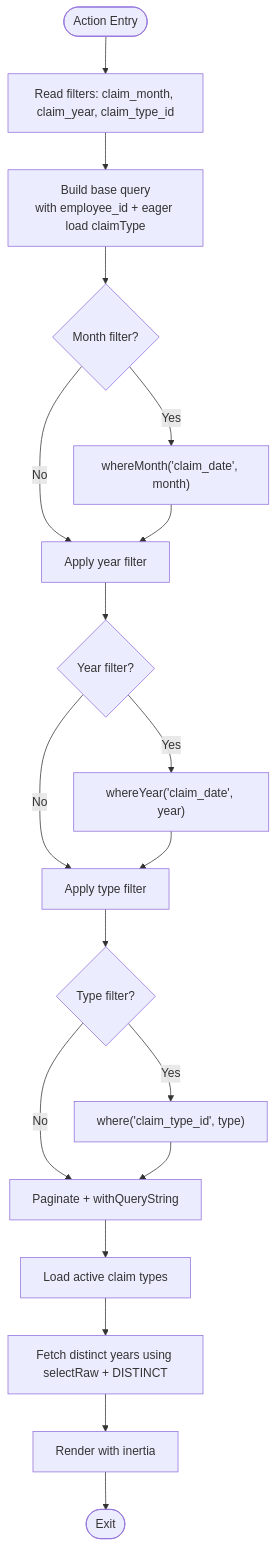
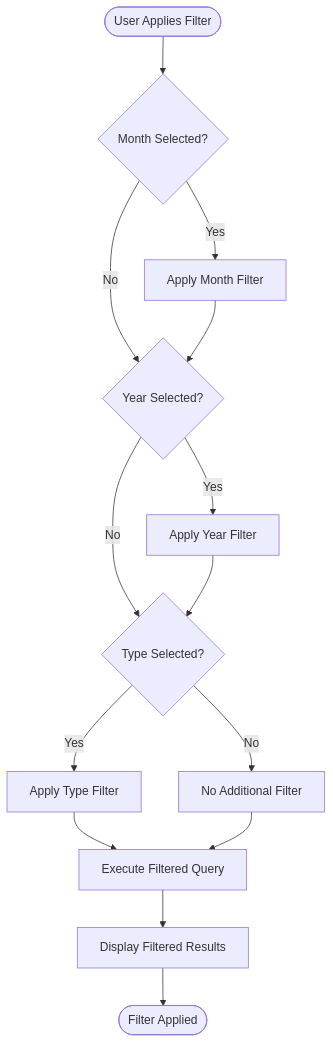
Before and after one commit to vincet0t15/template: the third of 5 diagrams in .qoder/repowiki/en/content/Employee Management/Employee Claims Management.md, drawn with Mermaid. The commit also changed other lines of this file and 12 other files, not shown here.

````diff
--- a/.qoder/repowiki/en/content/Employee Management/Employee Claims Management.md
+++ b/.qoder/repowiki/en/content/Employee Management/Employee Claims Management.md
@@ -193,21 +231,16 @@
 ```mermaid
 flowchart TD
-Start([Action Entry]) --> ReadFilters["Read filters: claim_month, claim_year, claim_type_id"]
-ReadFilters --> BuildQuery["Build base query<br/>with employee_id + eager load claimType"]
-BuildQuery --> ApplyMonth{"Month filter?"}
-ApplyMonth --> |Yes| Month["whereMonth('claim_date', month)"]
-ApplyMonth --> |No| NextYear
-Month --> NextYear["Apply year filter"]
-NextYear --> YearCheck{"Year filter?"}
-YearCheck --> |Yes| Year["whereYear('claim_date', year)"]
-YearCheck --> |No| NextType
-Year --> NextType["Apply type filter"]
-NextType --> TypeCheck{"Type filter?"}
-TypeCheck --> |Yes| Type["where('claim_type_id', type)"]
-TypeCheck --> |No| Paginate
-Type --> Paginate["Paginate + withQueryString"]
-Paginate --> LoadTypes["Load active claim types"]
-LoadTypes --> LoadYears["Fetch distinct years using selectRaw + DISTINCT"]
-LoadYears --> Render["Render with inertia"]
-Render --> End([Exit])
+Start([User Applies Filter]) --> MonthCheck{Month Selected?}
+MonthCheck --> |Yes| MonthFilter[Apply Month Filter]
+MonthCheck --> |No| YearCheck
+MonthFilter --> YearCheck{Year Selected?}
+YearCheck --> |Yes| YearFilter[Apply Year Filter]
+YearCheck --> |No| TypeCheck
+YearFilter --> TypeCheck{Type Selected?}
+TypeCheck --> |Yes| TypeFilter[Apply Type Filter]
+TypeCheck --> |No| NoFilter[No Additional Filter]
+TypeFilter --> Query[Execute Filtered Query]
+NoFilter --> Query
+Query --> Results[Display Filtered Results]
+Results --> End([Filter Applied])
 ```
````
